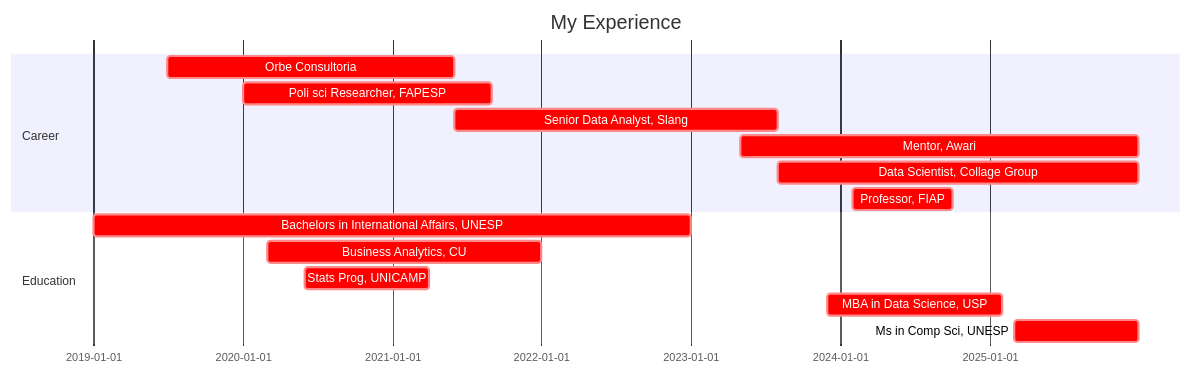
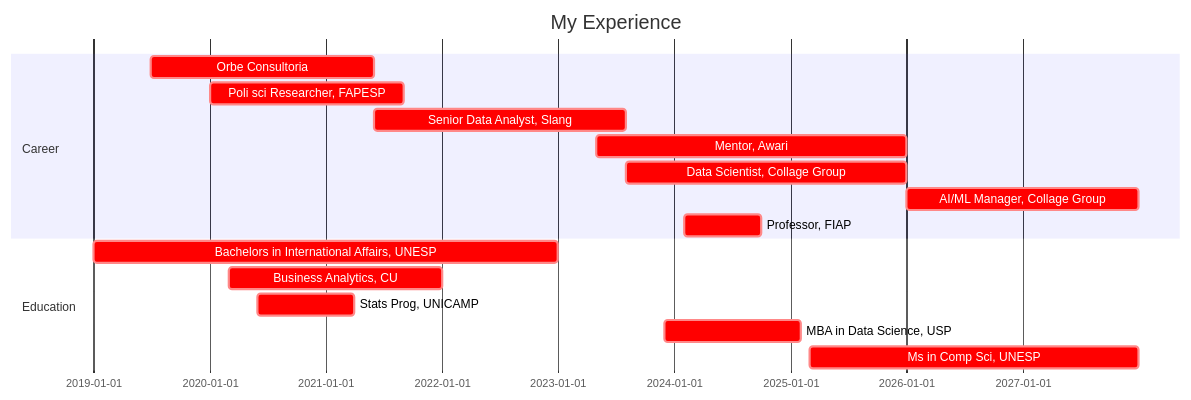
Before and after one commit to ViniciusARZ/ViniciusARZ: the diagram in README.md, drawn with Mermaid. The commit also changed other lines of this file, not shown here.

````diff
--- a/README.md
+++ b/README.md
@@ -9,22 +9,23 @@
 ```mermaid
 
 gantt
 dateFormat  YYYY-MM-DD
 title My Experience
 
 section Career
 Orbe Consultoria           :crit, 2019-07-01,2021-06-01
 Poli sci Researcher, FAPESP           :crit, 2020-01-01,2021-09-01
 Senior Data Analyst, Slang         :crit, 2021-06-01,2023-08-01
 Mentor, Awari       :crit, 2023-05-01,2025-12-31
 Data Scientist, Collage Group       :crit, 2023-08-01,2025-12-31
+AI/ML Manager, Collage Group       :crit, 2026-01-01,2027-12-31
 Professor, FIAP :crit, 2024-02-01,2024-10-01
 
 section Education
 Bachelors in International Affairs, UNESP             :crit, 2019-01-01,2022-12-31
 Business Analytics, CU             :crit, 2020-03-01,2021-12-31
 Stats Prog, UNICAMP             :crit, 2020-06-01,2021-03-31
 MBA in Data Science, USP             :crit, 2023-12-01,2025-02-01
-Ms in Comp Sci, UNESP             :crit, 2025-03-01,2025-12-31
+Ms in Comp Sci, UNESP             :crit, 2025-03-01,2027-12-31
 
 ```
````
